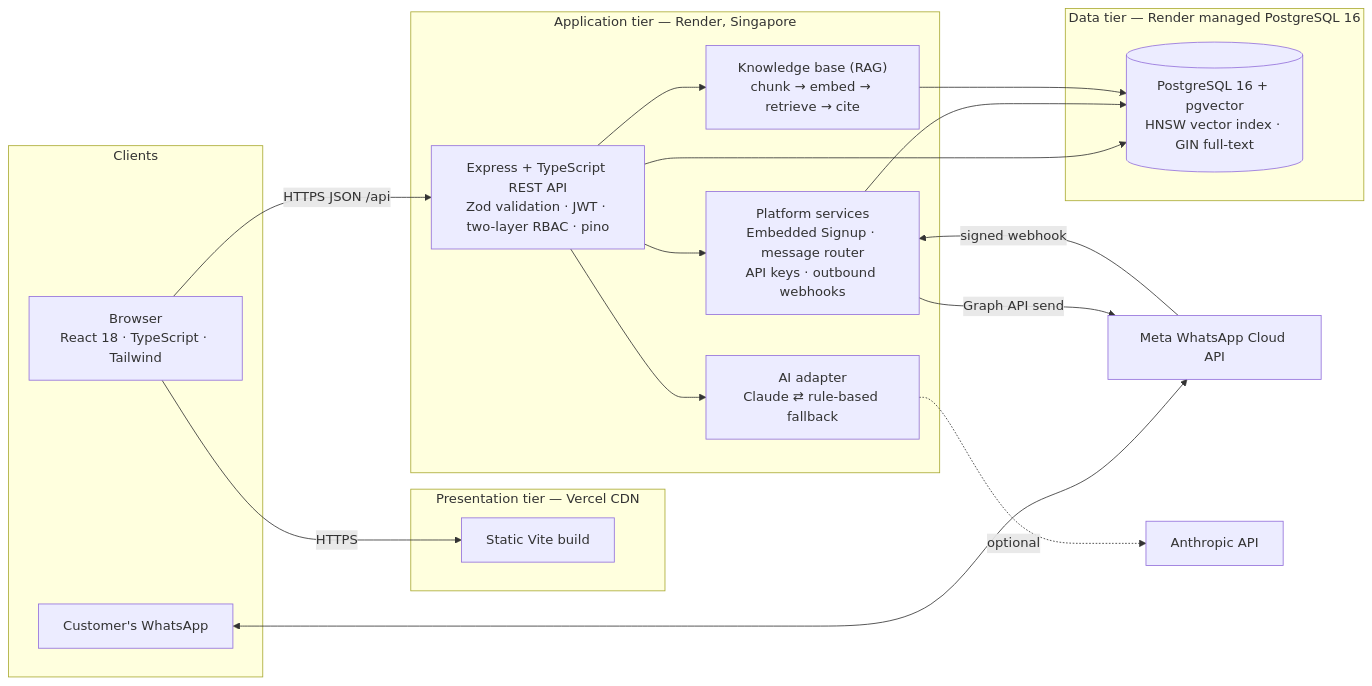
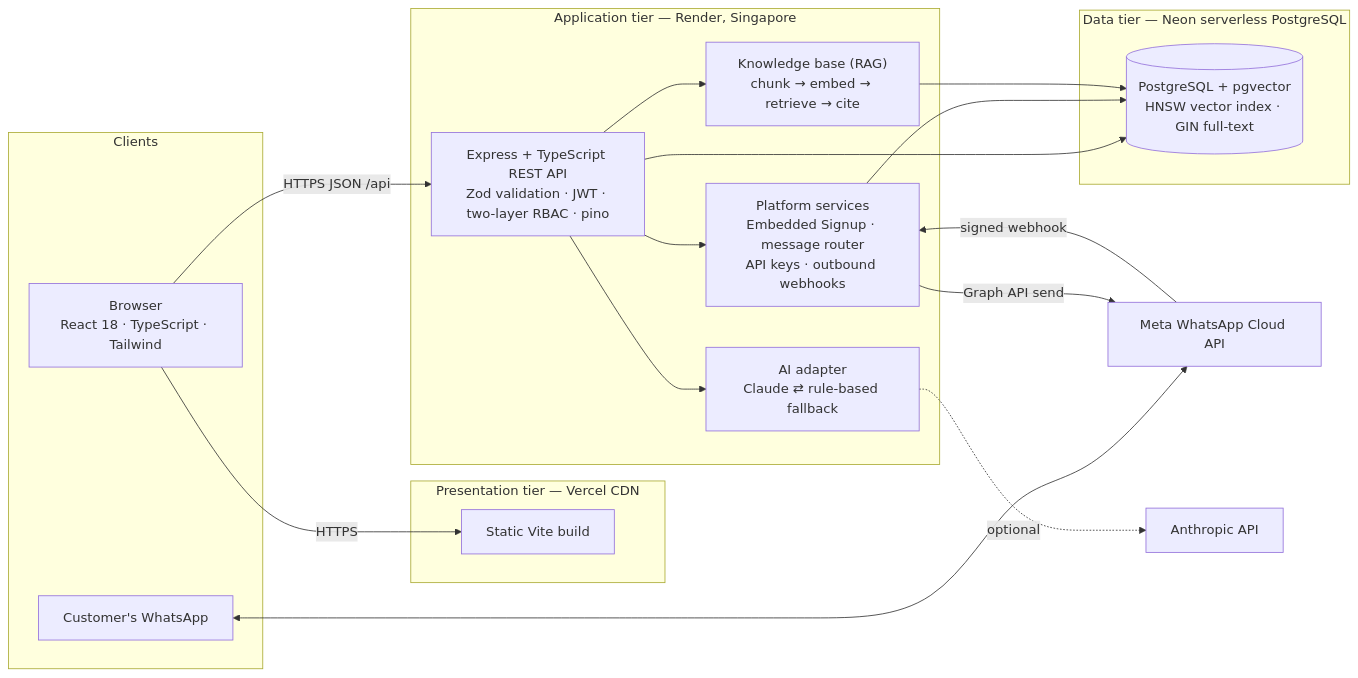
The diagram in docs/diagrams/system.mmd (ItzGOLLY/servicedesk-ai), drawn with Mermaid before and after one commit. The commit also changed 12 other files, not shown here.

First line of the commit message:
fix(deploy): move the database off Render's expiring free tier to Neon

```diff
--- a/docs/diagrams/system.mmd
+++ b/docs/diagrams/system.mmd
@@ -1,31 +1,31 @@
 flowchart LR
   subgraph Clients
     B["Browser<br/>React 18 · TypeScript · Tailwind"]
     W["Customer's WhatsApp"]
   end
   subgraph P["Presentation tier — Vercel CDN"]
     FE["Static Vite build"]
   end
   subgraph A["Application tier — Render, Singapore"]
     EX["Express + TypeScript REST API<br/>Zod validation · JWT · two-layer RBAC · pino"]
     PL["Platform services<br/>Embedded Signup · message router<br/>API keys · outbound webhooks"]
     AI["AI adapter<br/>Claude ⇄ rule-based fallback"]
     RAG["Knowledge base (RAG)<br/>chunk → embed → retrieve → cite"]
   end
-  subgraph D["Data tier — Render managed PostgreSQL 16"]
-    PG[("PostgreSQL 16 + pgvector<br/>HNSW vector index · GIN full-text")]
+  subgraph D["Data tier — Neon serverless PostgreSQL"]
+    PG[("PostgreSQL + pgvector<br/>HNSW vector index · GIN full-text")]
   end
   META["Meta WhatsApp Cloud API"]
   ANTH["Anthropic API"]
   B -->|HTTPS| FE
   B -->|HTTPS JSON /api| EX
   W <--> META
   META -->|"signed webhook"| PL
   PL -->|"Graph API send"| META
   EX --> PL
   EX --> AI
   EX --> RAG
   EX --> PG
   PL --> PG
   RAG --> PG
   AI -.->|optional| ANTH
```
